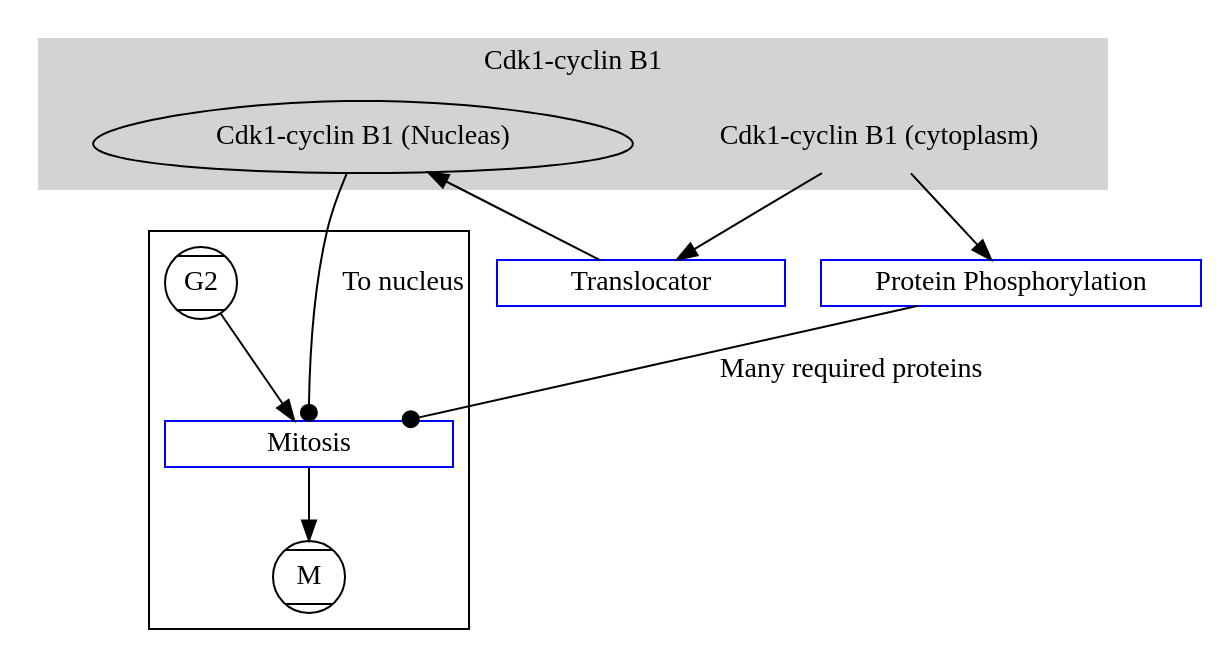
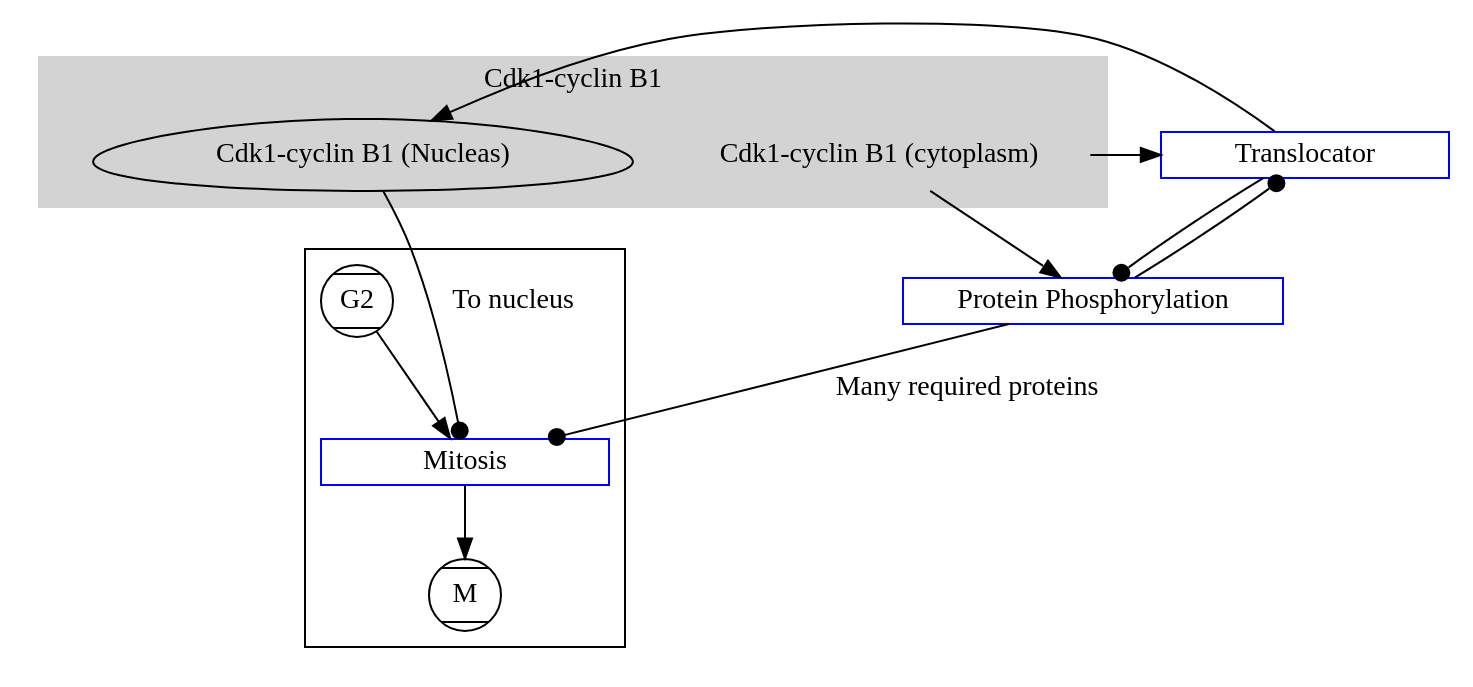
One commit to dilawar/Courses changed the diagram in CellBiology_2015/Cell_Cycle_Arjun/ReviewPaper/process.dot. Above: the diagram before and after it, drawn with Graphviz.

Commit message:
The simpler version of process.

```diff
--- a/CellBiology_2015/Cell_Cycle_Arjun/ReviewPaper/process.dot
+++ b/CellBiology_2015/Cell_Cycle_Arjun/ReviewPaper/process.dot
@@ -1,69 +1,73 @@
 /*
 (c) 2015, Dilawar Singh <dilawars@ncbs.res.in>
 
 This graphviz file is a attemp to visualize cell-cycle. It is inspired by
 Petri-nets representation of chemical reactions.
 
 
 */
 
 digraph myG {
 
     subgraph state {
         graph [color=gray];
         node [shape=Mcircle,fixedsize=true,width=0.5];
 
         // Cell states during cell division.
         G2;
         M;
     }
 
     subgraph molecule {
         graph [color=gray];
         node [shape=egg,fixedsize=false];
 
         cdk1_cyclinB1_nucleas;
         cdk1_cyclinB1_cyto;
 
         cdk1_cyclinB1; 
     }
 
     subgraph reaction {
         node [shape=rect,height=0.2,width=2,color=blue];
 
         mitosis [label="Mitosis"];
 
         translocator [label="Translocator"];
 
         protein_phospho [label="Protein Phosphorylation"];
     }
 
     subgraph cluster_cell_transitions {
 
         node[color=red];
         G2 -> mitosis -> M;
     }
 
     subgraph cluster_mpf_transition {
         style=filled;
         color=lightgrey;
+        shape="egg";
         label="Cdk1-cyclin B1";
 
         cdk1_cyclinB1_nucleas[label="Cdk1-cyclin B1 (Nucleas)"];
         cdk1_cyclinB1_cyto[label="Cdk1-cyclin B1 (cytoplasm)",shape=none];
 
         cdk1_cyclinB1[shape=none,width=0,height=0,label=""];
 
 
     }
 
     // process here.
 
     cdk1_cyclinB1_cyto -> protein_phospho;
     cdk1_cyclinB1_cyto -> translocator;
     translocator -> cdk1_cyclinB1_nucleas;
 
     protein_phospho -> mitosis [label="Many required proteins", arrowhead="dot"];
     cdk1_cyclinB1_nucleas -> mitosis[label="To nucleus",arrowhead="dot"];
 
+    protein_phospho -> translocator [arrowhead=dot];
+    translocator -> protein_phospho [arrowhead="dot"];
+
 }
```
